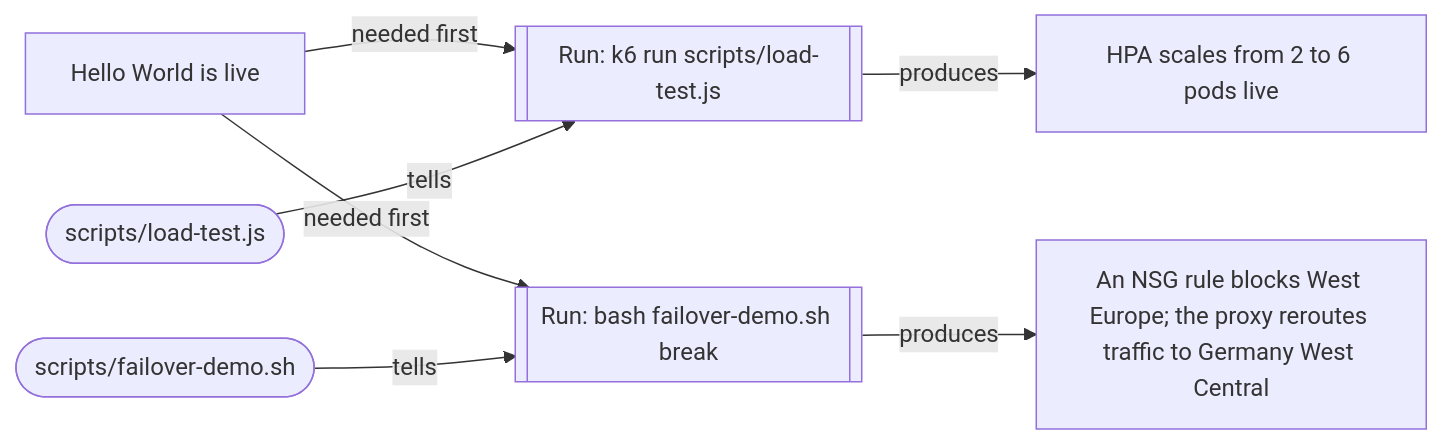
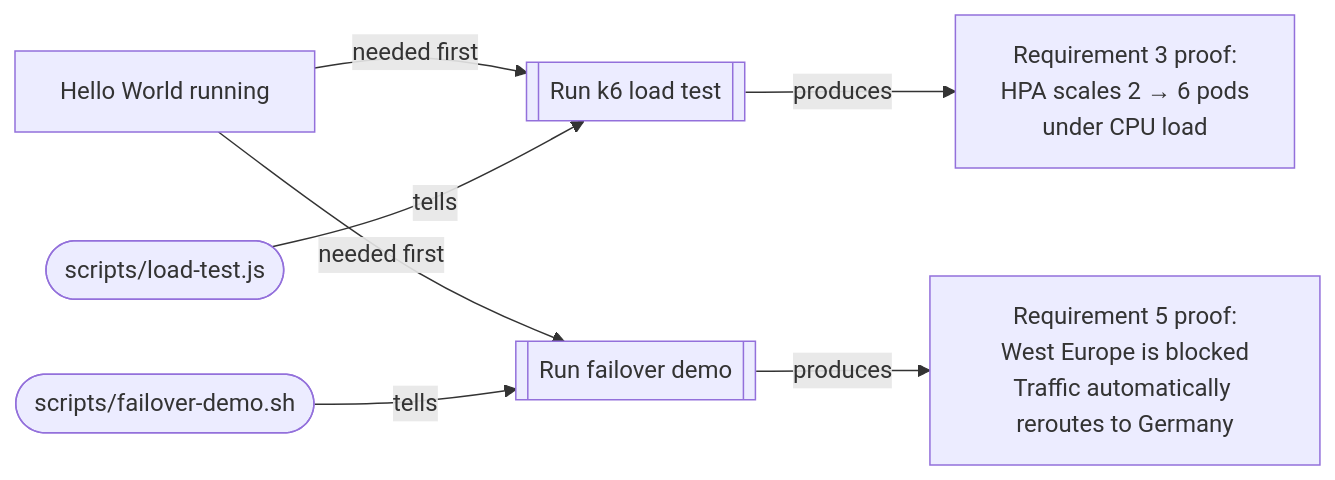
The fifth of 7 diagrams in README.md (Dennis4507/cloud-native-ha-platform), drawn with Mermaid before and after one commit. The commit also changed other lines of this file, not shown here.

````diff
--- a/README.md
+++ b/README.md
@@ -141,10 +141,10 @@
 ```mermaid
 flowchart LR
-    IN4["Hello World is live"] -->|needed first| CMD6A[["Run: k6 run scripts/load-test.js"]]
-    F6A(["scripts/load-test.js"]) -->|tells| CMD6A
-    CMD6A -->|produces| OUT6A["HPA scales from 2 to 6 pods live"]
+    APP["Hello World running"] -->|needed first| LOAD[["Run k6 load test"]]
+    LOADFILE(["scripts/load-test.js"]) -->|tells| LOAD
+    LOAD -->|produces| SCALE["Requirement 3 proof:<br/>HPA scales 2 → 6 pods<br/>under CPU load"]
 
-    IN4 -->|needed first| CMD6B[["Run: bash failover-demo.sh break"]]
-    F6B(["scripts/failover-demo.sh"]) -->|tells| CMD6B
-    CMD6B -->|produces| OUT6B["An NSG rule blocks West Europe; the proxy reroutes traffic to Germany West Central"]
+    APP -->|needed first| FAIL[["Run failover demo"]]
+    FAILFILE(["scripts/failover-demo.sh"]) -->|tells| FAIL
+    FAIL -->|produces| REGION["Requirement 5 proof:<br/>West Europe is blocked<br/>Traffic automatically reroutes to Germany"]
 ```
````
